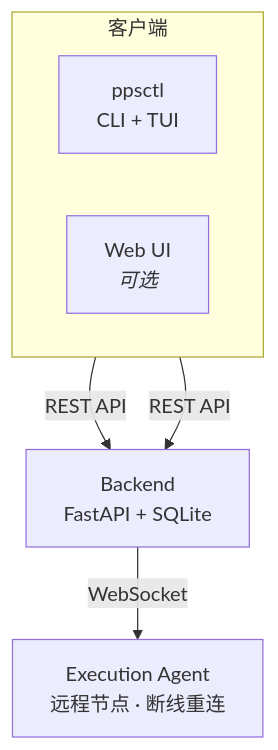
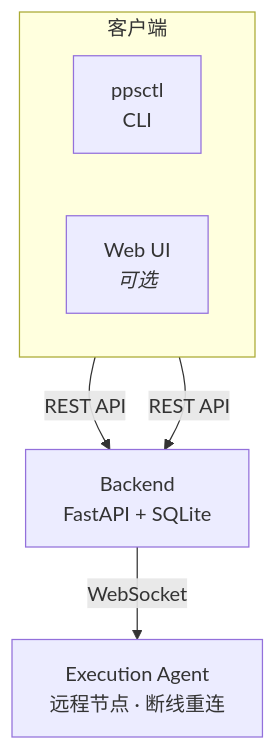
The diagram in README.md (TenMilesSwordGod/taskpps), drawn with Mermaid before and after one commit. The commit also changed other lines of this file, not shown here.

Commit message:
docs: 移除已删除的 TUI 引用

````diff
--- a/README.md
+++ b/README.md
@@ -12,14 +12,14 @@
 ```mermaid
 graph TB
     subgraph Clients["客户端"]
         direction LR
-        P[ppsctl<br/>CLI + TUI]
+        P[ppsctl<br/>CLI]
         W[Web UI<br/><i>可选</i>]
     end
     B[Backend<br/>FastAPI + SQLite]
     A[Execution Agent<br/>远程节点 · 断线重连]
 
     P -- REST API --> B
     W -- REST API --> B
     B -- WebSocket --> A
 ```
````
